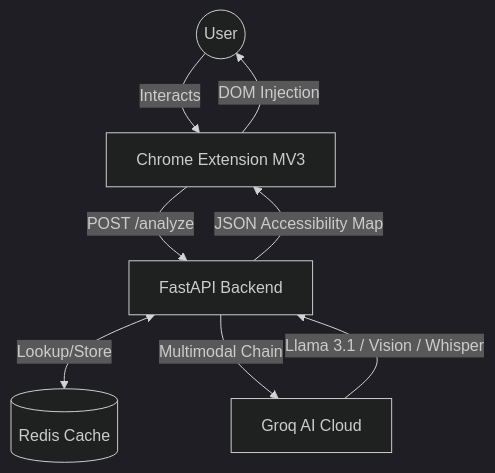
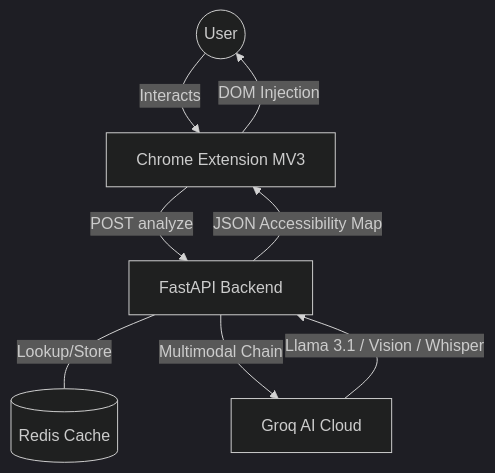
One commit to Insha-7/NeuroRead changed the first of 8 diagrams in README.md. Above: the diagram before and after it, drawn with Mermaid (dark theme). The commit also changed other lines of this file, not shown here.

````diff
--- a/README.md
+++ b/README.md
@@ -15,16 +15,16 @@
 ```mermaid
 graph TD
     User((User))
     ChromeExt[Chrome Extension MV3]
     FastAPI[FastAPI Backend]
     Redis[(Redis Cache)]
     Groq[Groq AI Cloud]
 
     User -->|Interacts| ChromeExt
-    ChromeExt -->|POST /analyze| FastAPI
-    FastAPI <-->|Lookup/Store| Redis
+    ChromeExt -->|POST analyze| FastAPI
+    FastAPI ---|Lookup/Store| Redis
     FastAPI -->|Multimodal Chain| Groq
     Groq -->|Llama 3.1 / Vision / Whisper| FastAPI
     FastAPI -->|JSON Accessibility Map| ChromeExt
     ChromeExt -->|DOM Injection| User
 ```
````
